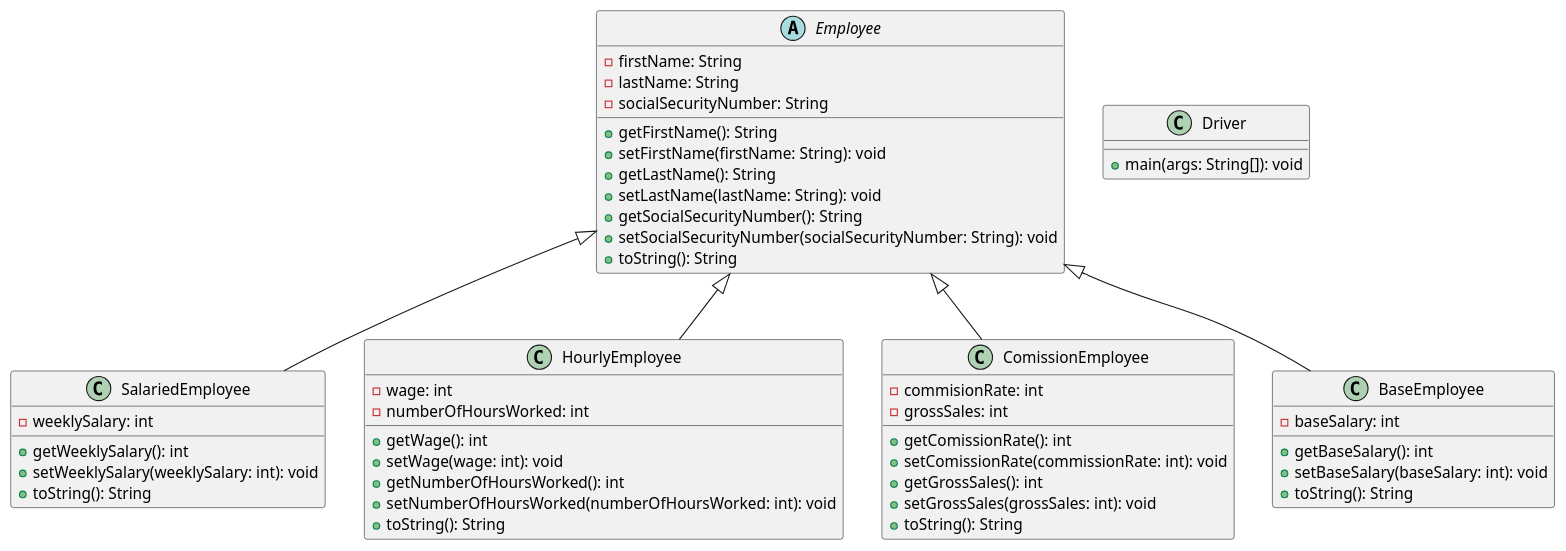
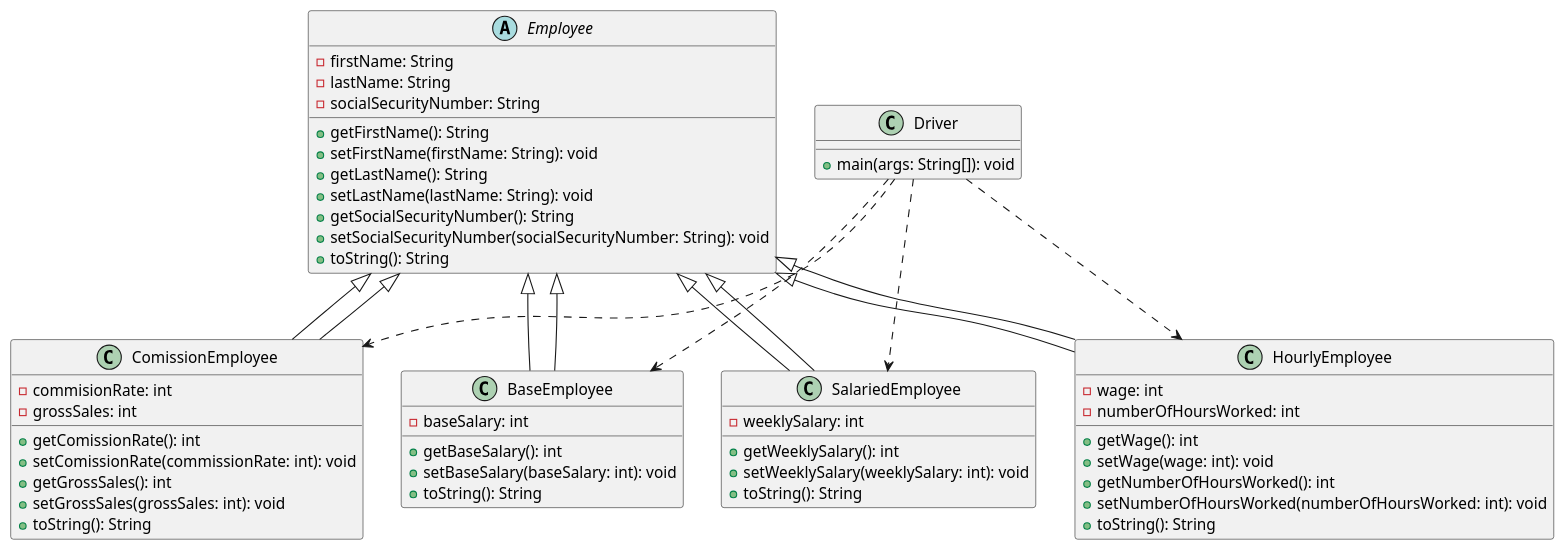
Before and after one commit to jeff-reff/HW4-1: the diagram in inheritance/Part1.puml, drawn with PlantUML.

Commit message:
Add Relations

```diff
--- a/inheritance/Part1.puml
+++ b/inheritance/Part1.puml
@@ -1,62 +1,71 @@
 @startuml
 'https://plantuml.com/class-diagram
 
 abstract class Employee{
     - firstName: String
     - lastName: String
     - socialSecurityNumber: String
 
     + getFirstName(): String
     + setFirstName(firstName: String): void
     + getLastName(): String
     + setLastName(lastName: String): void
     + getSocialSecurityNumber(): String
     + setSocialSecurityNumber(socialSecurityNumber: String): void
     + toString(): String
 
 }
 
 class SalariedEmployee extends Employee{
     - weeklySalary: int
 
     + getWeeklySalary(): int
     + setWeeklySalary(weeklySalary: int): void
     + toString(): String
 }
 
 class HourlyEmployee extends Employee{
     - wage: int
     - numberOfHoursWorked: int
 
     + getWage(): int
     + setWage(wage: int): void
     + getNumberOfHoursWorked(): int
     + setNumberOfHoursWorked(numberOfHoursWorked: int): void
     + toString(): String
 }
 
 class ComissionEmployee extends Employee {
     - commisionRate: int
     - grossSales: int
 
     + getComissionRate(): int
     + setComissionRate(commissionRate: int): void
     + getGrossSales(): int
     + setGrossSales(grossSales: int): void
     + toString(): String
 }
 
 class BaseEmployee extends Employee {
     - baseSalary: int
 
     + getBaseSalary(): int
     + setBaseSalary(baseSalary: int): void
     + toString(): String
 }
 
 class Driver {
     + main(args: String[]): void
 }
 
+Employee <|-- SalariedEmployee
+Employee <|-- BaseEmployee
+Employee <|-- HourlyEmployee
+Employee <|-- ComissionEmployee
+
+Driver ..> SalariedEmployee
+Driver ..> BaseEmployee
+Driver ..> HourlyEmployee
+Driver ..> ComissionEmployee
 
 @enduml
```
